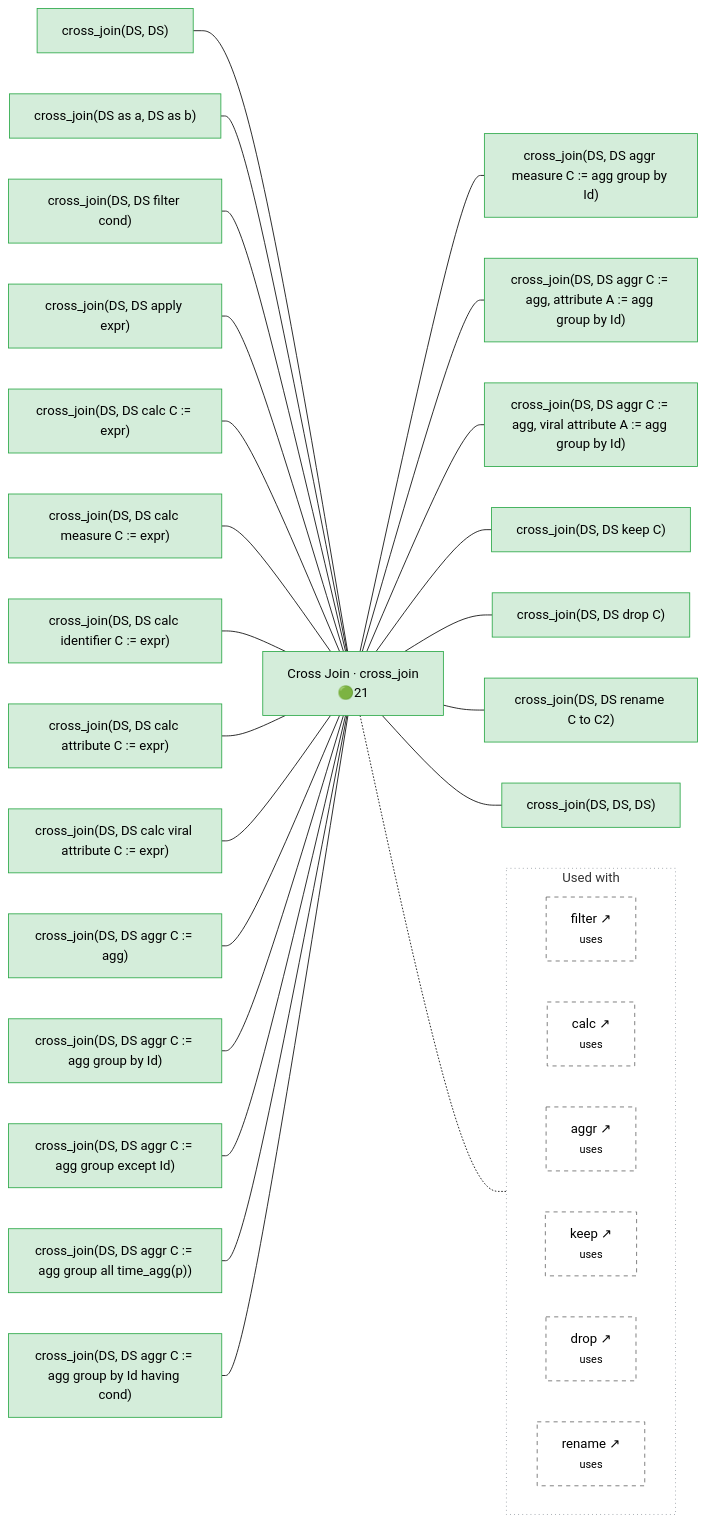
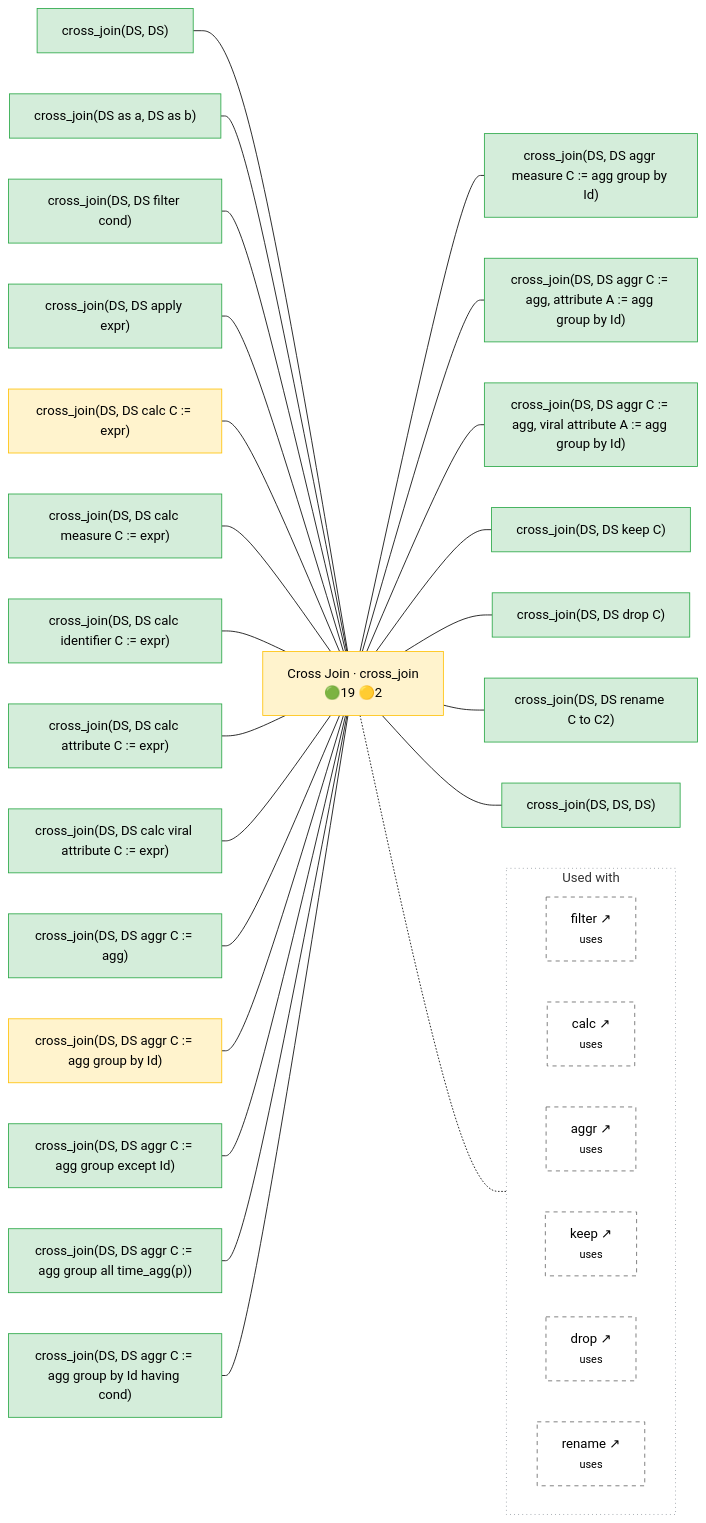
The diagram in docs/operator_map/join/cross_join.rst (Meaningful-Data/vtlengine), drawn with Mermaid (forest theme) before and after one commit. The commit also changed other lines of this file and 107 other files, not shown here.

First line of the commit message:
Expect the inner and cross join examples to refuse a plain attribute (#1258)

```diff
--- a/docs/operator_map/join/cross_join.rst
+++ b/docs/operator_map/join/cross_join.rst
@@ -32,18 +32,18 @@
        classDef diverge fill:#cce5ff,stroke:#007bff,color:#000
        classDef block fill:#2b3a4a,stroke:#2b3a4a,color:#fff,font-weight:bold
        classDef ext fill:#fff,stroke:#666,color:#000,stroke-dasharray: 5 5
-       O["Cross Join · cross_join<br/>🟢21"]:::ok
+       O["Cross Join · cross_join<br/>🟢19 🟡2"]:::partial
        v_bare["cross_join(DS, DS)"]:::ok
        v_aliases["cross_join(DS as a, DS as b)"]:::ok
        v_filter["cross_join(DS, DS filter cond)"]:::ok
        v_apply["cross_join(DS, DS apply expr)"]:::ok
-       v_calc_default["cross_join(DS, DS calc C #58;#61; expr)"]:::ok
+       v_calc_default["cross_join(DS, DS calc C #58;#61; expr)"]:::partial
        v_calc_measure["cross_join(DS, DS calc measure C #58;#61; expr)"]:::ok
        v_calc_identifier["cross_join(DS, DS calc identifier C #58;#61; expr)"]:::ok
        v_calc_attribute["cross_join(DS, DS calc attribute C #58;#61; expr)"]:::ok
        v_calc_viral_attribute["cross_join(DS, DS calc viral attribute C #58;#61; expr)"]:::ok
        v_aggr_no_group["cross_join(DS, DS aggr C #58;#61; agg)"]:::ok
-       v_aggr_group_by["cross_join(DS, DS aggr C #58;#61; agg group by Id)"]:::ok
+       v_aggr_group_by["cross_join(DS, DS aggr C #58;#61; agg group by Id)"]:::partial
        v_aggr_group_except["cross_join(DS, DS aggr C #58;#61; agg group except Id)"]:::ok
        v_aggr_group_all["cross_join(DS, DS aggr C #58;#61; agg group all time_agg(p))"]:::ok
        v_aggr_having["cross_join(DS, DS aggr C #58;#61; agg group by Id having cond)"]:::ok
```
